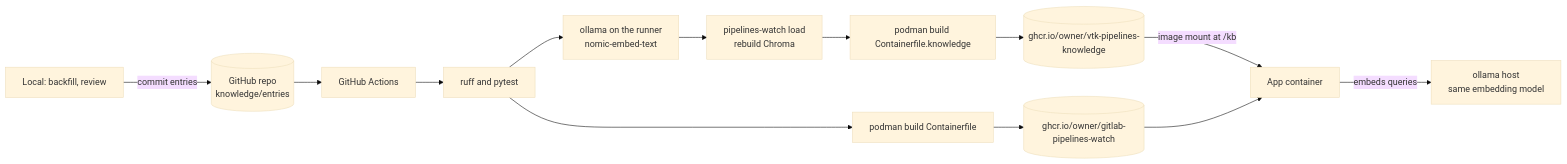
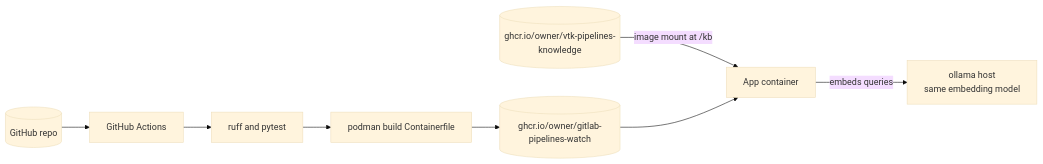
The fourth of 5 diagrams in ARCHITECTURE.md (vicentebolea/gitlab-pipelines-watch), drawn with Mermaid (base theme) before and after one commit. The commit also changed other lines of this file and 438 other files, not shown here.

First line of the commit message:
Split the corpus builder into vtk-pipelines-knowledge

````diff
--- a/ARCHITECTURE.md
+++ b/ARCHITECTURE.md
@@ -144,15 +148,10 @@
 ```mermaid
 flowchart LR
-    DEV[Local: backfill, review] -- commit entries --> GIT[(GitHub repo<br/>knowledge/entries)]
-    GIT --> CI[GitHub Actions]
+    GIT[(GitHub repo)] --> CI[GitHub Actions]
     CI --> T[ruff and pytest]
     T --> A[podman build Containerfile]
-    T --> O[ollama on the runner<br/>nomic-embed-text]
-    O --> L[pipelines-watch load<br/>rebuild Chroma]
-    L --> K[podman build Containerfile.knowledge]
     A --> R1[(ghcr.io/owner/gitlab-pipelines-watch)]
-    K --> R2[(ghcr.io/owner/vtk-pipelines-knowledge)]
-    R2 -- image mount at /kb --> RUN[App container]
+    R2[(ghcr.io/owner/vtk-pipelines-knowledge)] -- image mount at /kb --> RUN[App container]
     R1 --> RUN
     RUN -- embeds queries --> OL[ollama host<br/>same embedding model]
 ```
````
